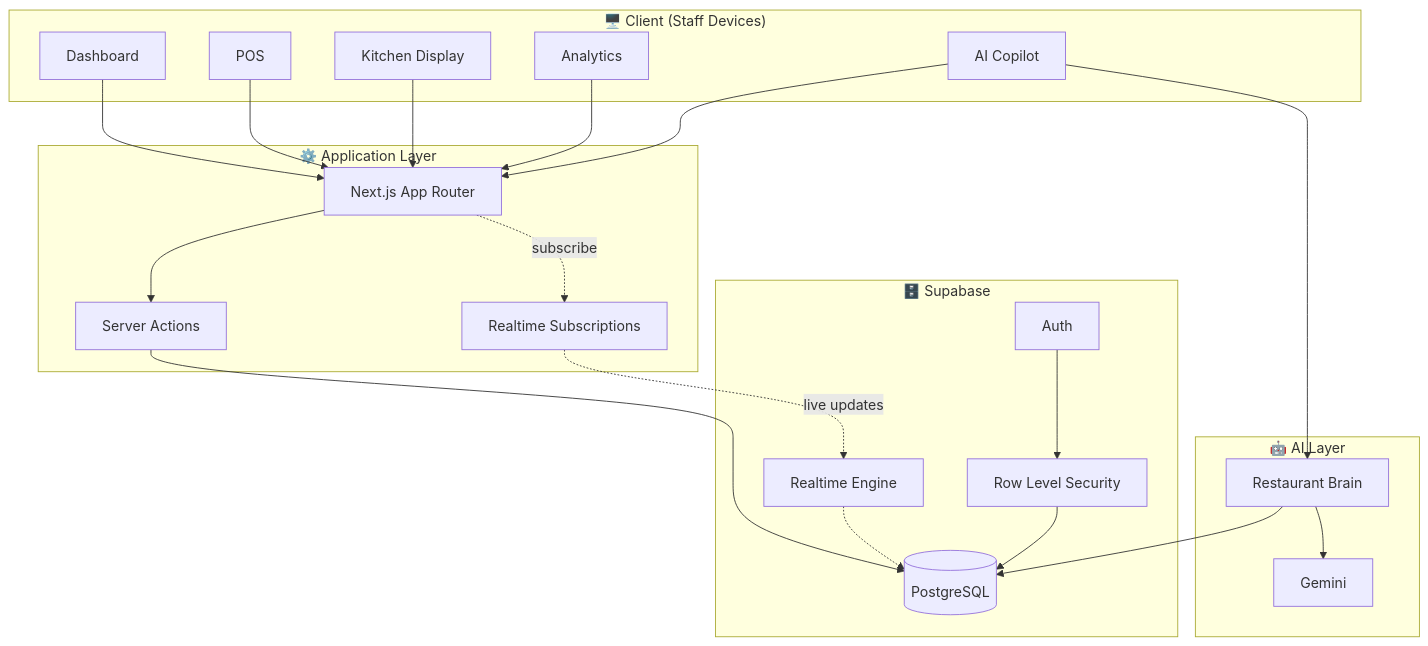
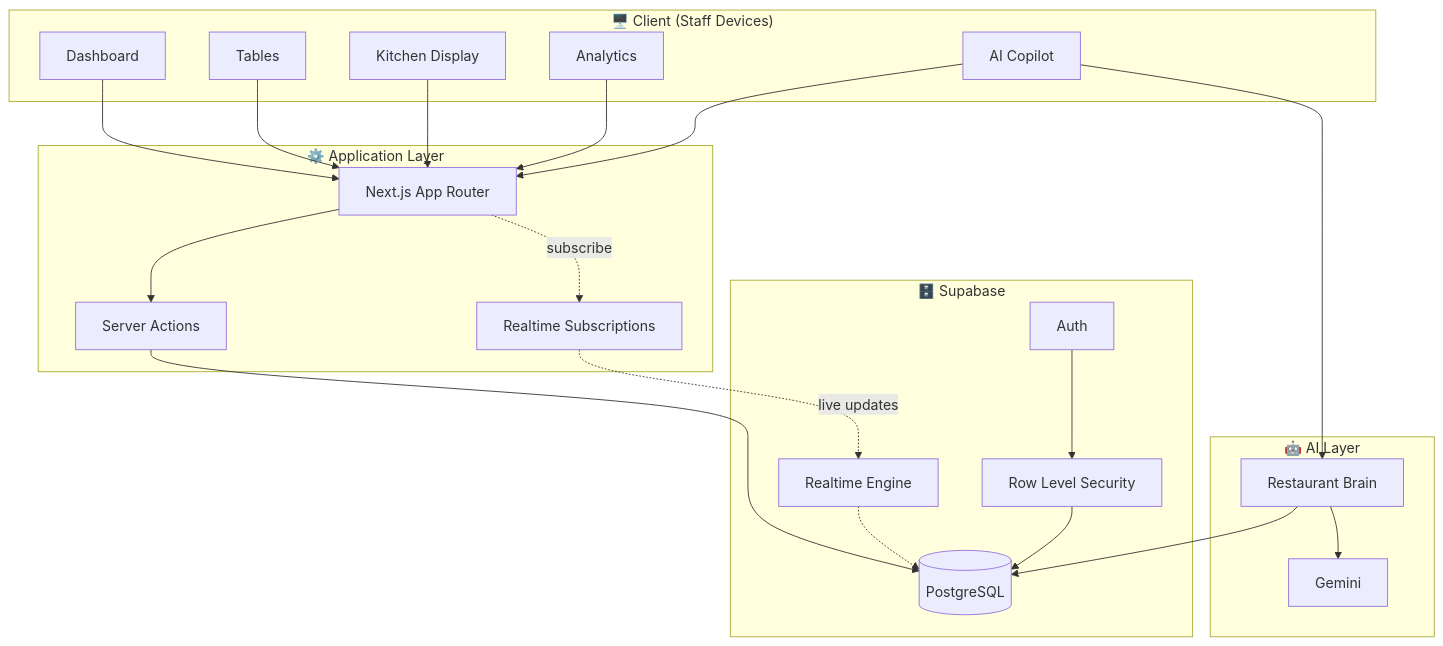
Before and after one commit to Hezron-lix/restaurantOS: the first of 2 diagrams in README.md, drawn with Mermaid. The commit also changed other lines of this file, not shown here.

````diff
--- a/README.md
+++ b/README.md
@@ -196,38 +213,38 @@
 ```mermaid
 flowchart TD
     subgraph Client["🖥️ Client (Staff Devices)"]
         A[Dashboard]
-        B[POS]
+        B[Tables]
         C[Kitchen Display]
         D[Analytics]
         E[AI Copilot]
     end
 
     subgraph App["⚙️ Application Layer"]
         F[Next.js App Router]
         G[Server Actions]
         H[Realtime Subscriptions]
     end
 
     subgraph Data["🗄️ Supabase"]
         I[(PostgreSQL)]
         J[Auth]
         K[Row Level Security]
         L[Realtime Engine]
     end
 
     subgraph AI["🤖 AI Layer"]
         M[Restaurant Brain]
         N[Gemini]
     end
 
     A & B & C & D & E --> F
     F --> G
     G --> I
     F -.->|subscribe| H
     H -.->|live updates| L
     L -.-> I
     J --> K --> I
     E --> M --> N
     M --> I
 ```
````
